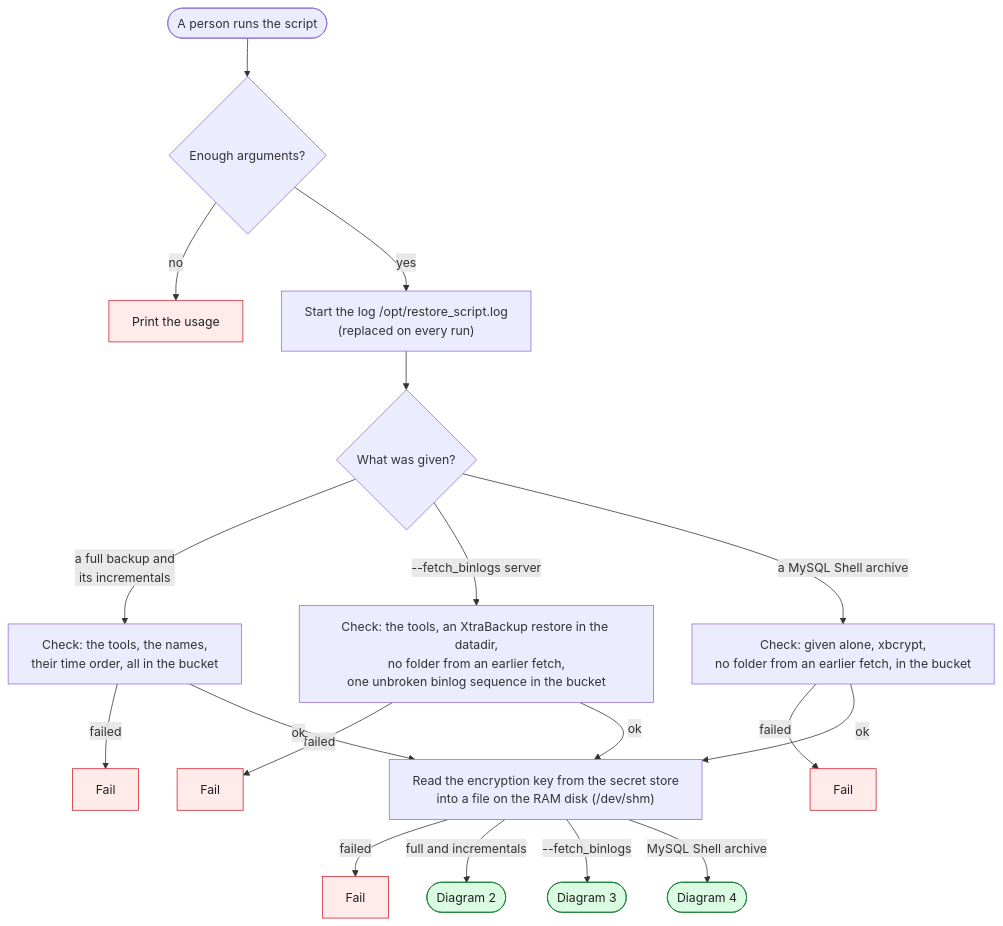
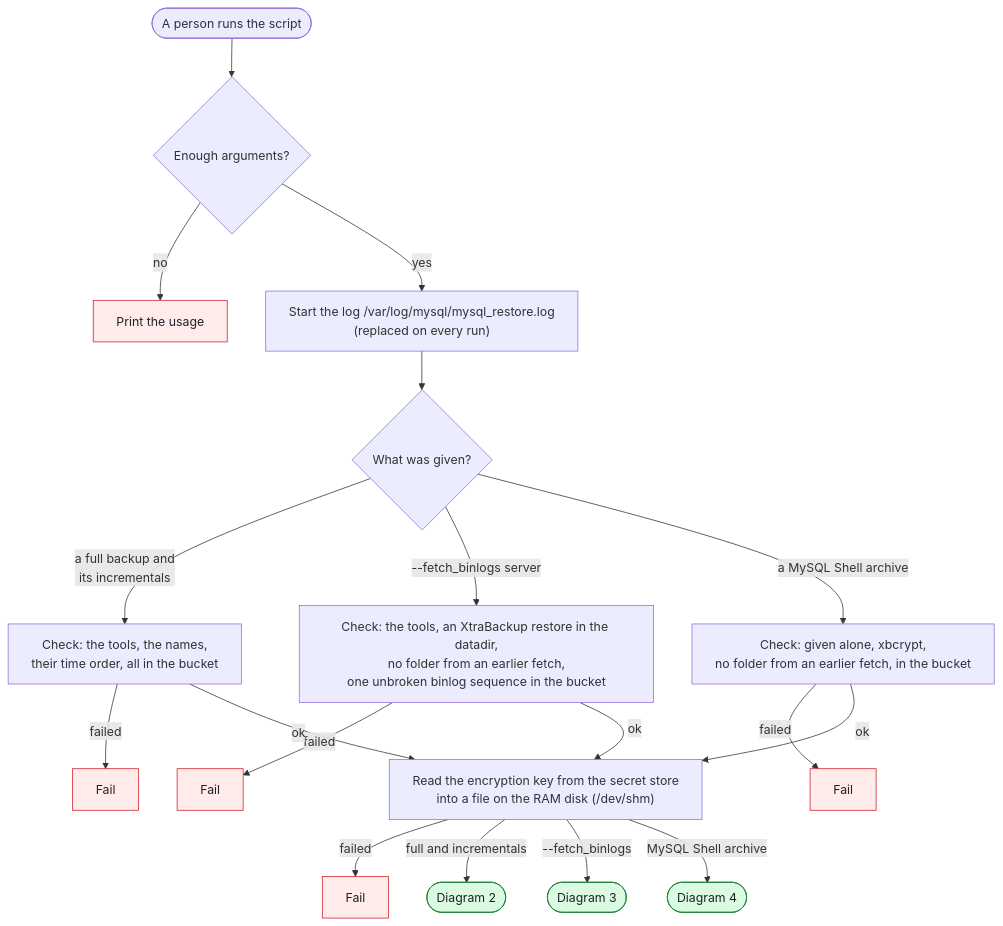
One commit to xXSAPXx/dba-ops-scripts changed the first of 4 diagrams in mysql_restore_script/mysql_restore_workflow.md. Above: the diagram before and after it, drawn with Mermaid. The commit also changed other lines of this file and 11 other files, not shown here.

First line of the commit message:
MySQL backup, binlog and restore scripts: log to /var/log/mysql

````diff
--- a/mysql_restore_script/mysql_restore_workflow.md
+++ b/mysql_restore_script/mysql_restore_workflow.md
@@ -17,24 +17,24 @@
 ```mermaid
 %%{init: {"flowchart": {"wrappingWidth": 400}}}%%
 flowchart TD
     START(["A person runs the script"]) --> ARGS{"Enough arguments?"}
     ARGS -->|"no"| USAGE["Print the usage"]:::fail
-    ARGS -->|"yes"| LOG["Start the log /opt/restore_script.log<br/>(replaced on every run)"]
+    ARGS -->|"yes"| LOG["Start the log /var/log/mysql/mysql_restore.log<br/>(replaced on every run)"]
     LOG --> WHICH{"What was given?"}
     WHICH -->|"a full backup and<br/>its incrementals"| XCHECK["Check: the tools, the names,<br/>their time order, all in the bucket"]
     WHICH -->|"--fetch_binlogs server"| BCHECK["Check: the tools, an XtraBackup restore in the datadir,<br/>no folder from an earlier fetch,<br/>one unbroken binlog sequence in the bucket"]
     WHICH -->|"a MySQL Shell archive"| SCHECK["Check: given alone, xbcrypt,<br/>no folder from an earlier fetch, in the bucket"]
     XCHECK -->|"failed"| F1["Fail"]:::fail
     BCHECK -->|"failed"| F2["Fail"]:::fail
     SCHECK -->|"failed"| F3["Fail"]:::fail
     XCHECK -->|"ok"| KEY["Read the encryption key from the secret store<br/>into a file on the RAM disk (/dev/shm)"]
     BCHECK -->|"ok"| KEY
     SCHECK -->|"ok"| KEY
     KEY -->|"failed"| F4["Fail"]:::fail
     KEY -->|"full and incrementals"| X(["Diagram 2"]):::ok
     KEY -->|"--fetch_binlogs"| B(["Diagram 3"]):::ok
     KEY -->|"MySQL Shell archive"| S(["Diagram 4"]):::ok
 
     classDef fail fill:#ffebe9,stroke:#cf222e,color:#1f2328
     classDef ok fill:#dafbe1,stroke:#1a7f37,color:#1f2328
 ```
````
